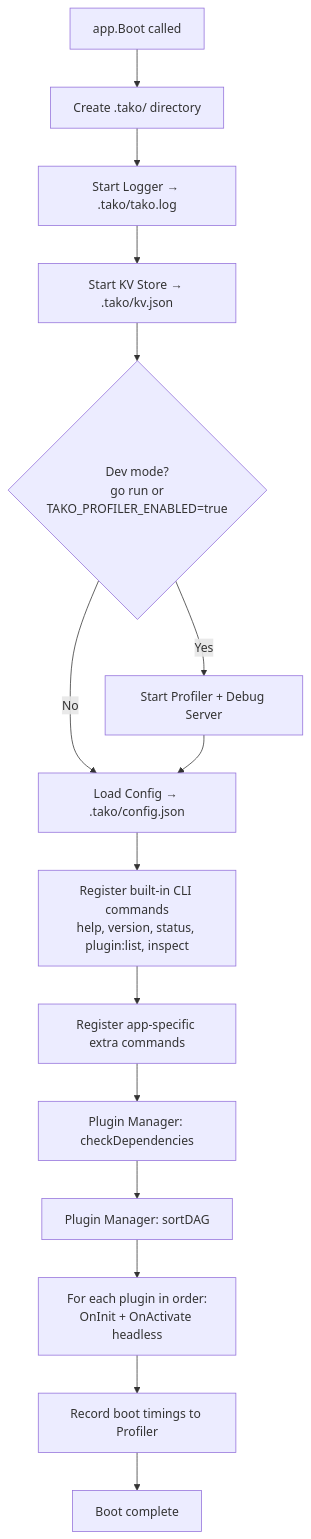
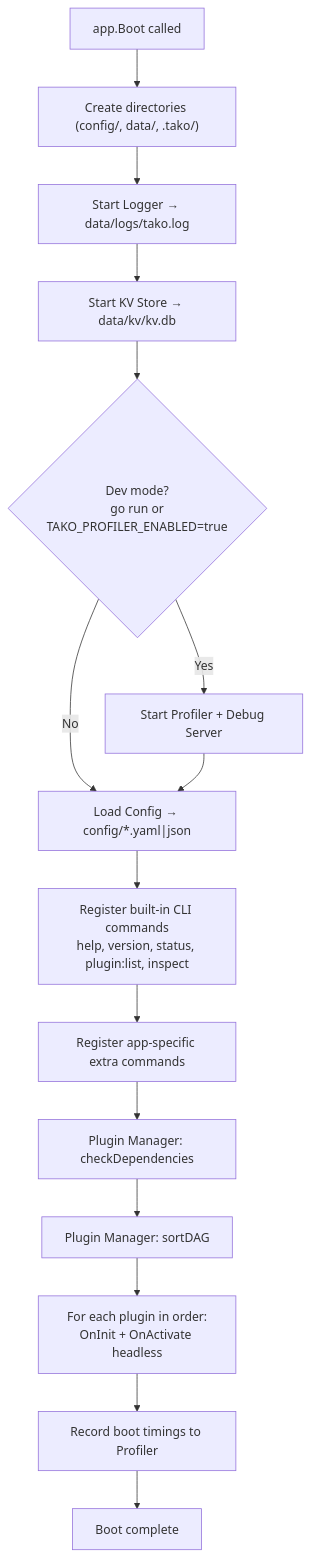
One commit to gettako/docs changed the first of 2 diagrams in 02.getting-started/02.initialization.md. Above: the diagram before and after it, drawn with Mermaid. The commit also changed 6 other files, not shown here.

First line of the commit message:
docs: update for directory segregation and Laravel-style config loader

````diff
--- a/02.getting-started/02.initialization.md
+++ b/02.getting-started/02.initialization.md
@@ -37,17 +37,17 @@
 ```mermaid
 flowchart TD
-    A["app.Boot called"] --> B["Create .tako/ directory"]
-    B --> C["Start Logger → .tako/tako.log"]
-    C --> D["Start KV Store → .tako/kv.json"]
+    A["app.Boot called"] --> B["Create directories (config/, data/, .tako/)"]
+    B --> C["Start Logger → data/logs/tako.log"]
+    C --> D["Start KV Store → data/kv/kv.db"]
     D --> E{"Dev mode?\ngo run or\nTAKO_PROFILER_ENABLED=true"}
     E -- Yes --> F["Start Profiler + Debug Server"]
-    E -- No --> G["Load Config → .tako/config.json"]
+    E -- No --> G["Load Config → config/*.yaml|json"]
     F --> G
     G --> H["Register built-in CLI commands\nhelp, version, status, plugin:list, inspect"]
     H --> I["Register app-specific extra commands"]
     I --> J["Plugin Manager: checkDependencies"]
     J --> K["Plugin Manager: sortDAG"]
     K --> L["For each plugin in order:\nOnInit + OnActivate headless"]
     L --> M["Record boot timings to Profiler"]
     M --> N["Boot complete"]
 ```
````
